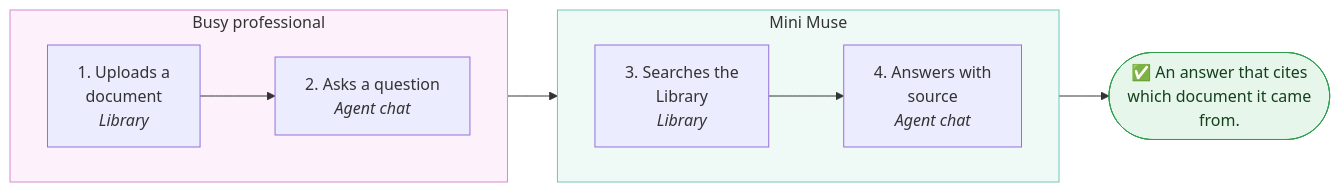
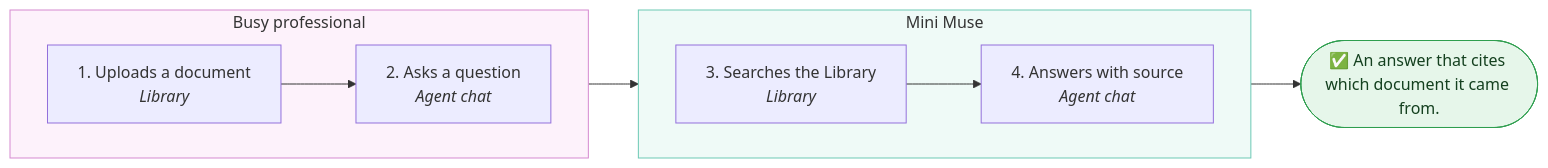
One commit to lngsa1234/mini-muse-mvp changed the fourth of 6 diagrams in docs/product/baseline.md. Above: the diagram before and after it, drawn with Mermaid. The commit also changed other lines of this file, not shown here.

First line of the commit message:
docs: product baseline diagrams back to one-line labels (AgentForge plugin 0.4.4)

````diff
--- a/docs/product/baseline.md
+++ b/docs/product/baseline.md
@@ -190,23 +190,23 @@
 ```mermaid
 flowchart LR
   subgraph user_lane["Busy professional"]
     direction LR
-    s1["1. Uploads a<br/>document<br/><i>Library</i>"]
+    s1["1. Uploads a document<br/><i>Library</i>"]
     s2["2. Asks a question<br/><i>Agent chat</i>"]
   end
   subgraph agent_lane["Mini Muse"]
     direction LR
-    s3["3. Searches the<br/>Library<br/><i>Library</i>"]
-    s4["4. Answers with<br/>source<br/><i>Agent chat</i>"]
+    s3["3. Searches the Library<br/><i>Library</i>"]
+    s4["4. Answers with source<br/><i>Agent chat</i>"]
   end
   s1 --> s2
   s2 --> s3
   s3 --> s4
-  done(["✅ An answer that cites<br/>which document it came<br/>from."])
+  done(["✅ An answer that cites which document it came from."])
   s4 --> done
   classDef approval fill:#fff4e0,stroke:#d18a1f,color:#5c3a00
   classDef outcome fill:#e6f6ea,stroke:#2f9e4f,color:#14401f
   style user_lane fill:#fdf2fb,stroke:#d58ad0
   style agent_lane fill:#effaf7,stroke:#6cc9b4
   class done outcome
 ```
````
